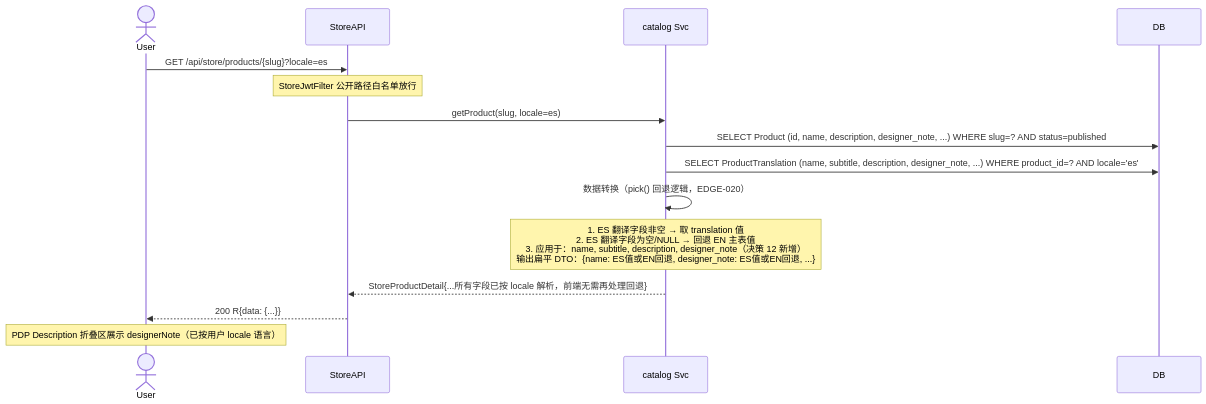
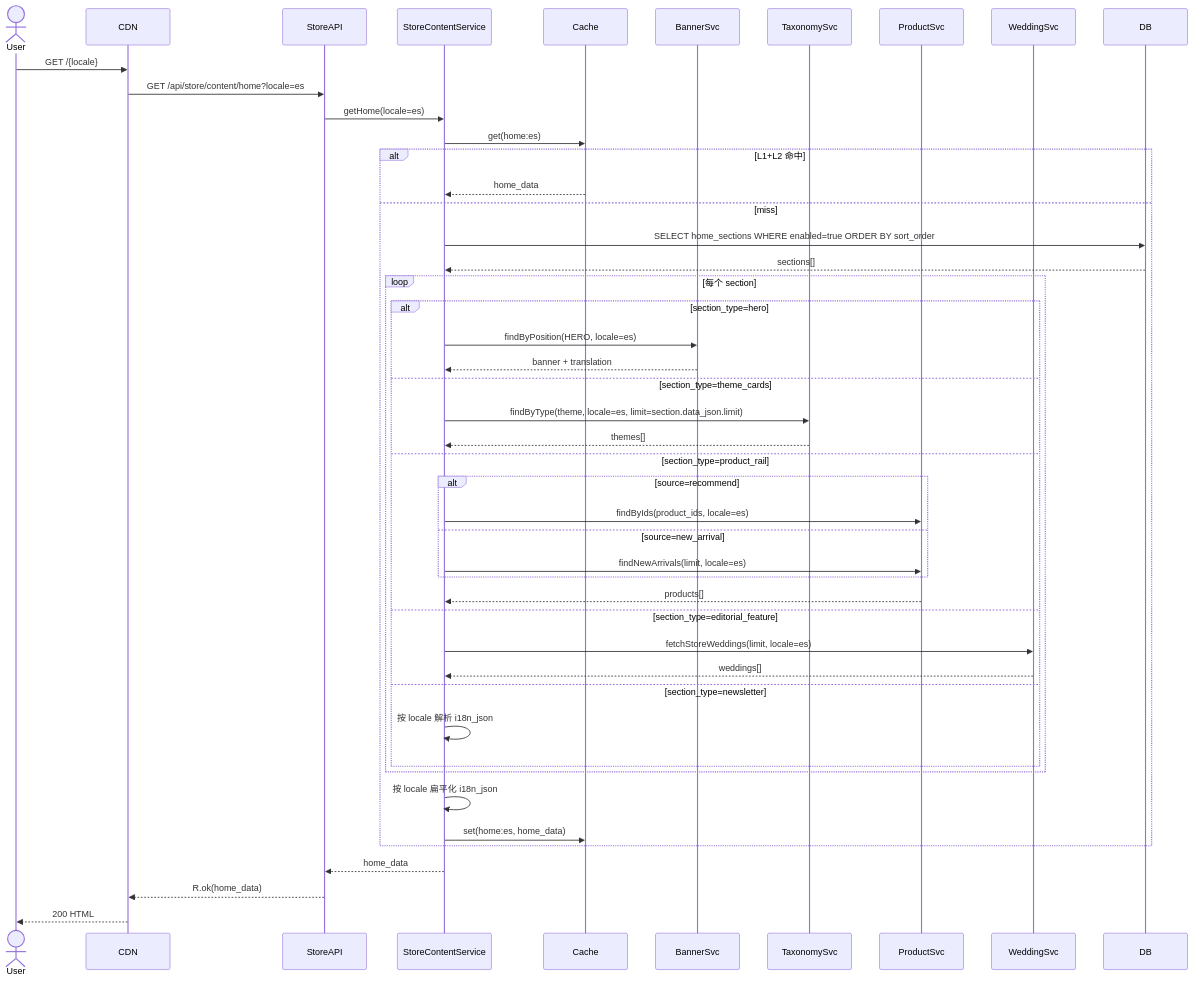
The third of 4 diagrams in hhspec/specs/architecture/data-flow.md (hptec/dreamy), drawn with Mermaid before and after one commit. The commit also changed other lines of this file and 73 other files, not shown here.

````diff
--- a/hhspec/specs/architecture/data-flow.md
+++ b/hhspec/specs/architecture/data-flow.md
@@ -404,21 +229,50 @@
 ```mermaid
 sequenceDiagram
     actor User
+    participant CDN
     participant StoreAPI
-    participant Svc as catalog Svc
+    participant Svc as StoreContentService
+    participant Cache
+    participant BannerSvc
+    participant TaxonomySvc
+    participant ProductSvc
+    participant WeddingSvc
     participant DB
 
-    User->>StoreAPI: GET /api/store/products/{slug}?locale=es
-    Note over StoreAPI: StoreJwtFilter 公开路径白名单放行
-    StoreAPI->>Svc: getProduct(slug, locale=es)
-    
-    Svc->>DB: SELECT Product (id, name, description, designer_note, ...) WHERE slug=? AND status=published
-    Svc->>DB: SELECT ProductTranslation (name, subtitle, description, designer_note, ...) WHERE product_id=? AND locale='es'
-    
-    Svc->>Svc: 数据转换（pick() 回退逻辑，EDGE-020）
-    Note over Svc: 1. ES 翻译字段非空 → 取 translation 值<br/>2. ES 翻译字段为空/NULL → 回退 EN 主表值<br/>3. 应用于：name, subtitle, description, designer_note（决策 12 新增）<br/>输出扁平 DTO：{name: ES值或EN回退, designer_note: ES值或EN回退, ...}
-    
-    Svc-->>StoreAPI: StoreProductDetail{...所有字段已按 locale 解析，前端无需再处理回退}
-    StoreAPI-->>User: 200 R{data: {...}}
-    Note over User: PDP Description 折叠区展示 designerNote（已按用户 locale 语言）
+    User->>CDN: GET /{locale}
+    CDN->>StoreAPI: GET /api/store/content/home?locale=es
+    StoreAPI->>Svc: getHome(locale=es)
+    Svc->>Cache: get(home:es)
+    alt L1+L2 命中
+        Cache-->>Svc: home_data
+    else miss
+        Svc->>DB: SELECT home_sections WHERE enabled=true ORDER BY sort_order
+        DB-->>Svc: sections[]
+        loop 每个 section
+            alt section_type=hero
+                Svc->>BannerSvc: findByPosition(HERO, locale=es)
+                BannerSvc-->>Svc: banner + translation
+            else section_type=theme_cards
+                Svc->>TaxonomySvc: findByType(theme, locale=es, limit=section.data_json.limit)
+                TaxonomySvc-->>Svc: themes[]
+            else section_type=product_rail
+                alt source=recommend
+                    Svc->>ProductSvc: findByIds(product_ids, locale=es)
+                else source=new_arrival
+                    Svc->>ProductSvc: findNewArrivals(limit, locale=es)
+                end
+                ProductSvc-->>Svc: products[]
+            else section_type=editorial_feature
+                Svc->>WeddingSvc: fetchStoreWeddings(limit, locale=es)
+                WeddingSvc-->>Svc: weddings[]
+            else section_type=newsletter
+                Svc->>Svc: 按 locale 解析 i18n_json
+            end
+        end
+        Svc->>Svc: 按 locale 扁平化 i18n_json
+        Svc->>Cache: set(home:es, home_data)
+    end
+    Svc-->>StoreAPI: home_data
+    StoreAPI-->>CDN: R.ok(home_data)
+    CDN-->>User: 200 HTML
 ```
````
